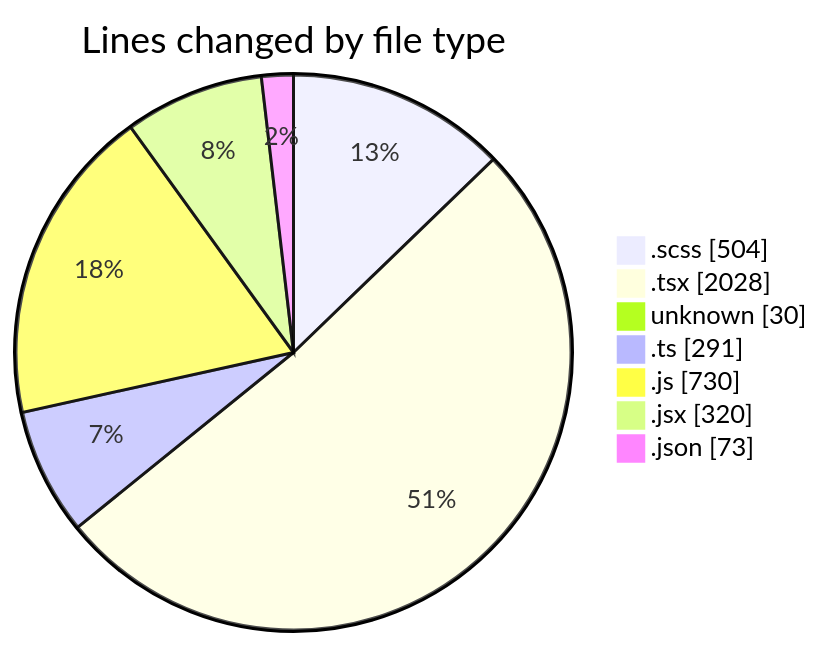
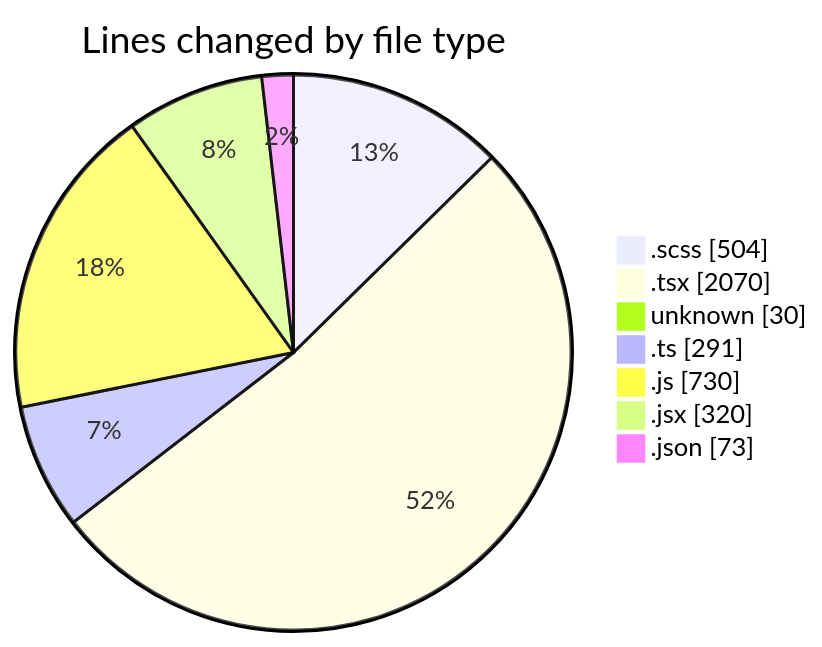
The first of 2 diagrams in 2025-03-05/cda/README.md (momahboobian/code-tracking), drawn with Mermaid before and after one commit. The commit also changed other lines of this file and 1 other file, not shown here.

````diff
--- a/2025-03-05/cda/README.md
+++ b/2025-03-05/cda/README.md
@@ -45,11 +45,11 @@
 ```mermaid
 pie showData
 title Lines changed by file type
 ".scss" : 504
-".tsx" : 2028
+".tsx" : 2070
 "unknown" : 30
 ".ts" : 291
 ".js" : 730
 ".jsx" : 320
 ".json" : 73
 ```
````
